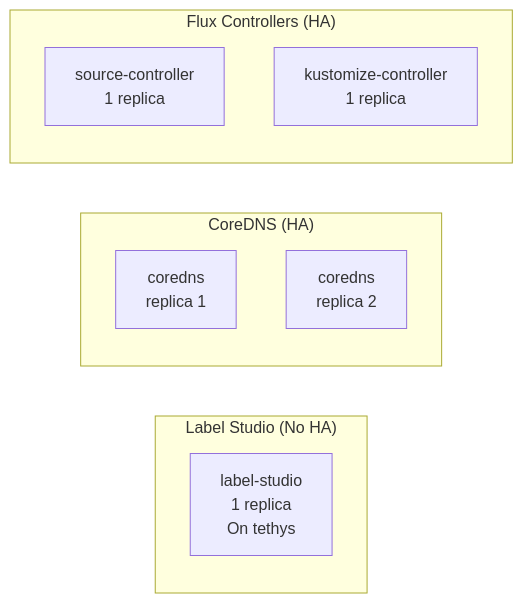
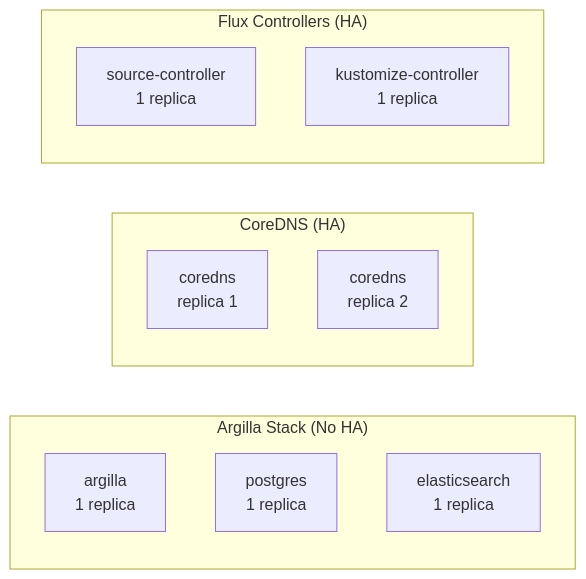
Diagram 11 of 15 in docs/architecture/KUBERNETES_ARCHITECTURE.md (goldfish-inc/deepseek-ocr-vllm), drawn with Mermaid before and after one commit. The commit also changed other lines of this file and 2 other files, not shown here.

First line of the commit message:
docs(architecture): update for Argilla migration and vessel-ner Workers

````diff
--- a/docs/architecture/KUBERNETES_ARCHITECTURE.md
+++ b/docs/architecture/KUBERNETES_ARCHITECTURE.md
@@ -433,16 +436,18 @@
 ```mermaid
 graph LR
-    subgraph "Label Studio (No HA)"
-        LS1[label-studio<br/>1 replica<br/>On tethys]
+    subgraph "Argilla Stack (No HA)"
+        ARGILLA1[argilla<br/>1 replica]
+        ARGPG1[postgres<br/>1 replica]
+        ARGES1[elasticsearch<br/>1 replica]
     end
 
     subgraph "CoreDNS (HA)"
         DNS1[coredns<br/>replica 1]
         DNS2[coredns<br/>replica 2]
     end
 
     subgraph "Flux Controllers (HA)"
         FLUX1[source-controller<br/>1 replica]
         FLUX2[kustomize-controller<br/>1 replica]
     end
 ```
````
